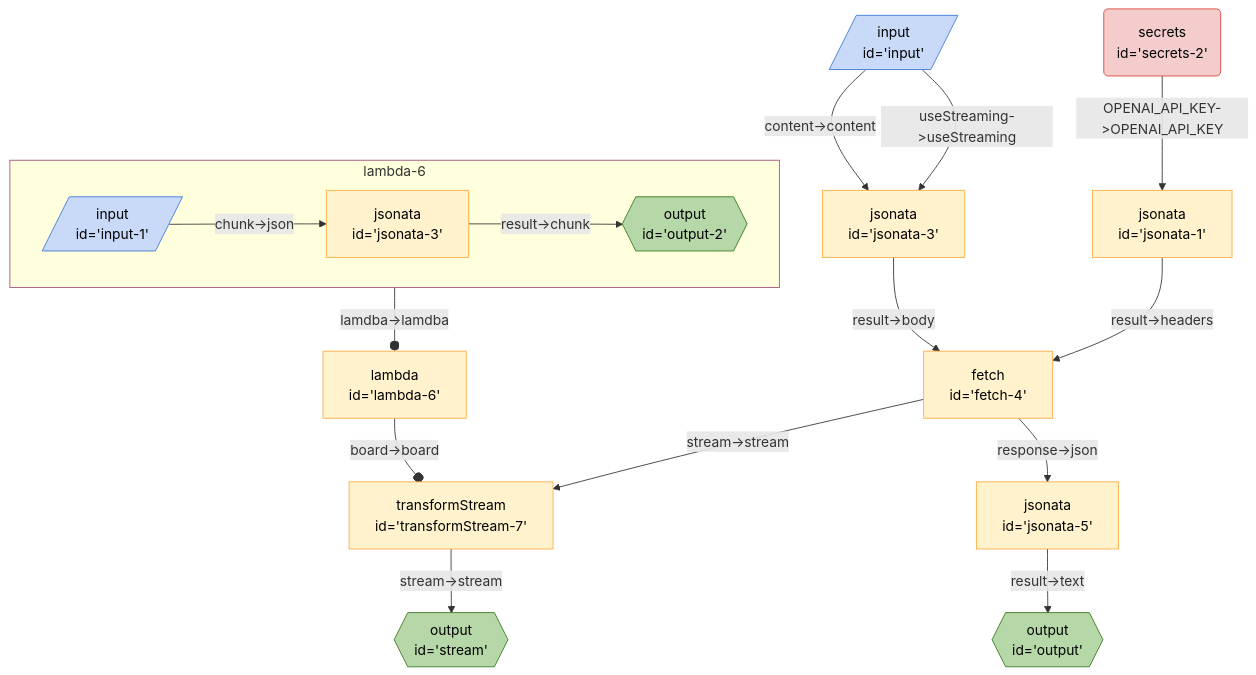
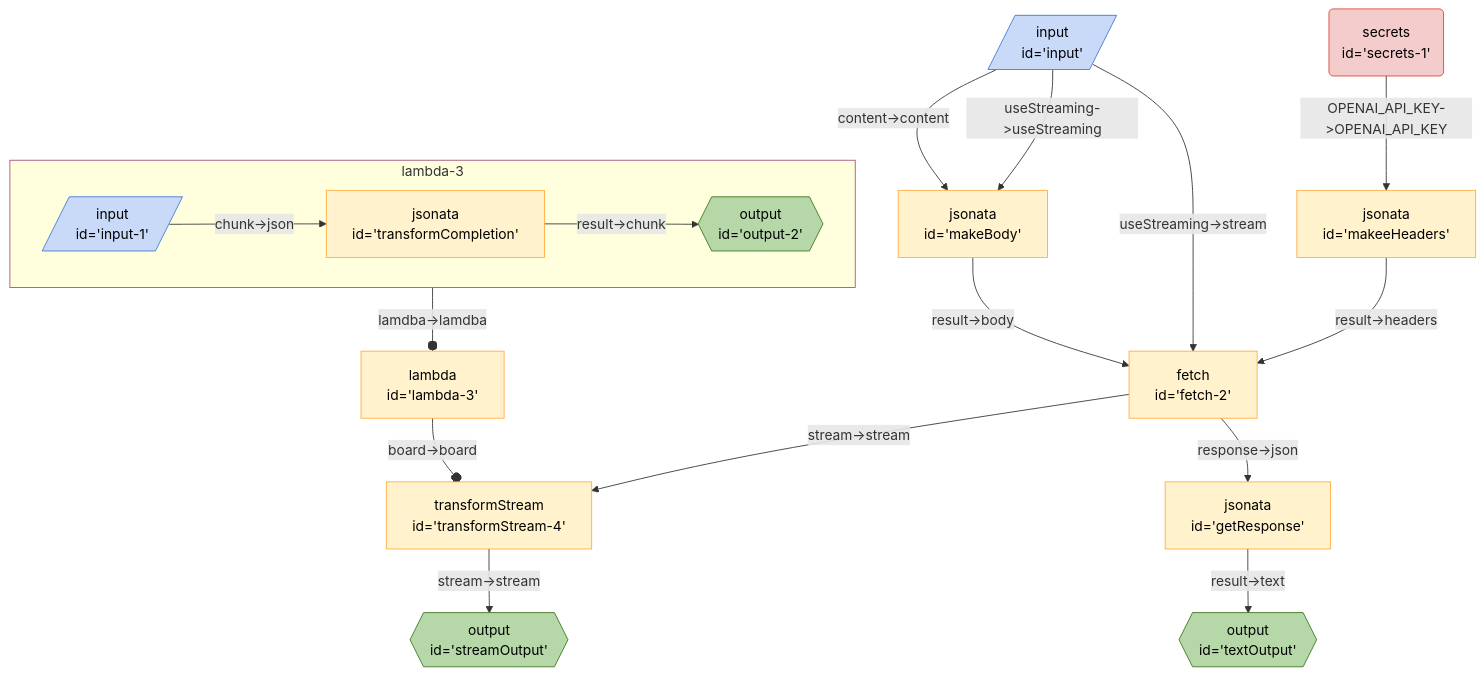
One commit to breadboard-ai/breadboard changed the diagram in seeds/breadboard-web/docs/graphs/openai-gpt-4-vision.md. Above: the diagram before and after it, drawn with Mermaid. The commit also changed 2 other files, not shown here.

Commit message:
[breadboard-web] Fix bugs in gpt-4 vision board.

````diff
--- a/seeds/breadboard-web/docs/graphs/openai-gpt-4-vision.md
+++ b/seeds/breadboard-web/docs/graphs/openai-gpt-4-vision.md
@@ -3,28 +3,29 @@
 ```mermaid
 %%{init: 'themeVariables': { 'fontFamily': 'Fira Code, monospace' }}%%
 graph TD;
-secrets2("secrets <br> id='secrets-2'"):::secrets -- "OPENAI_API_KEY->OPENAI_API_KEY" --> jsonata1["jsonata <br> id='jsonata-1'"]
-jsonata1["jsonata <br> id='jsonata-1'"] -- "result->headers" --> fetch4["fetch <br> id='fetch-4'"]
-lambda6["lambda <br> id='lambda-6'"] -- "board->board" --o transformStream7["transformStream <br> id='transformStream-7'"]
-subgraph sg_lambda6 [lambda-6]
-lambda6_jsonata3["jsonata <br> id='jsonata-3'"] -- "result->chunk" --> lambda6_output2{{"output <br> id='output-2'"}}:::output
-lambda6_input1[/"input <br> id='input-1'"/]:::input -- "chunk->json" --> lambda6_jsonata3["jsonata <br> id='jsonata-3'"]
+secrets1("secrets <br> id='secrets-1'"):::secrets -- "OPENAI_API_KEY->OPENAI_API_KEY" --> makeeHeaders["jsonata <br> id='makeeHeaders'"]
+input[/"input <br> id='input'"/]:::input -- "useStreaming->stream" --> fetch2["fetch <br> id='fetch-2'"]
+makeeHeaders["jsonata <br> id='makeeHeaders'"] -- "result->headers" --> fetch2["fetch <br> id='fetch-2'"]
+lambda3["lambda <br> id='lambda-3'"] -- "board->board" --o transformStream4["transformStream <br> id='transformStream-4'"]
+subgraph sg_lambda3 [lambda-3]
+lambda3_transformCompletion["jsonata <br> id='transformCompletion'"] -- "result->chunk" --> lambda3_output2{{"output <br> id='output-2'"}}:::output
+lambda3_input1[/"input <br> id='input-1'"/]:::input -- "chunk->json" --> lambda3_transformCompletion["jsonata <br> id='transformCompletion'"]
 end
-sg_lambda6:::slotted -- "lamdba->lamdba" --o lambda6
+sg_lambda3:::slotted -- "lamdba->lamdba" --o lambda3
 
-input[/"input <br> id='input'"/]:::input -- "useStreaming->useStreaming" --> jsonata3["jsonata <br> id='jsonata-3'"]
-jsonata5["jsonata <br> id='jsonata-5'"] -- "result->text" --> output{{"output <br> id='output'"}}:::output
-fetch4["fetch <br> id='fetch-4'"] -- "response->json" --> jsonata5["jsonata <br> id='jsonata-5'"]
-transformStream7["transformStream <br> id='transformStream-7'"] -- "stream->stream" --> stream{{"output <br> id='stream'"}}:::output
-fetch4["fetch <br> id='fetch-4'"] -- "stream->stream" --> transformStream7["transformStream <br> id='transformStream-7'"]
-jsonata3["jsonata <br> id='jsonata-3'"] -- "result->body" --> fetch4["fetch <br> id='fetch-4'"]
-input[/"input <br> id='input'"/]:::input -- "content->content" --> jsonata3["jsonata <br> id='jsonata-3'"]
+input[/"input <br> id='input'"/]:::input -- "useStreaming->useStreaming" --> makeBody["jsonata <br> id='makeBody'"]
+getResponse["jsonata <br> id='getResponse'"] -- "result->text" --> textOutput{{"output <br> id='textOutput'"}}:::output
+fetch2["fetch <br> id='fetch-2'"] -- "response->json" --> getResponse["jsonata <br> id='getResponse'"]
+transformStream4["transformStream <br> id='transformStream-4'"] -- "stream->stream" --> streamOutput{{"output <br> id='streamOutput'"}}:::output
+fetch2["fetch <br> id='fetch-2'"] -- "stream->stream" --> transformStream4["transformStream <br> id='transformStream-4'"]
+makeBody["jsonata <br> id='makeBody'"] -- "result->body" --> fetch2["fetch <br> id='fetch-2'"]
+input[/"input <br> id='input'"/]:::input -- "content->content" --> makeBody["jsonata <br> id='makeBody'"]
 classDef default stroke:#ffab40,fill:#fff2ccff,color:#000
 classDef input stroke:#3c78d8,fill:#c9daf8ff,color:#000
 classDef output stroke:#38761d,fill:#b6d7a8ff,color:#000
 classDef passthrough stroke:#a64d79,fill:#ead1dcff,color:#000
 classDef slot stroke:#a64d79,fill:#ead1dcff,color:#000
 classDef config stroke:#a64d79,fill:#ead1dcff,color:#000
 classDef secrets stroke:#db4437,fill:#f4cccc,color:#000
 classDef slotted stroke:#a64d79
 ```
````
